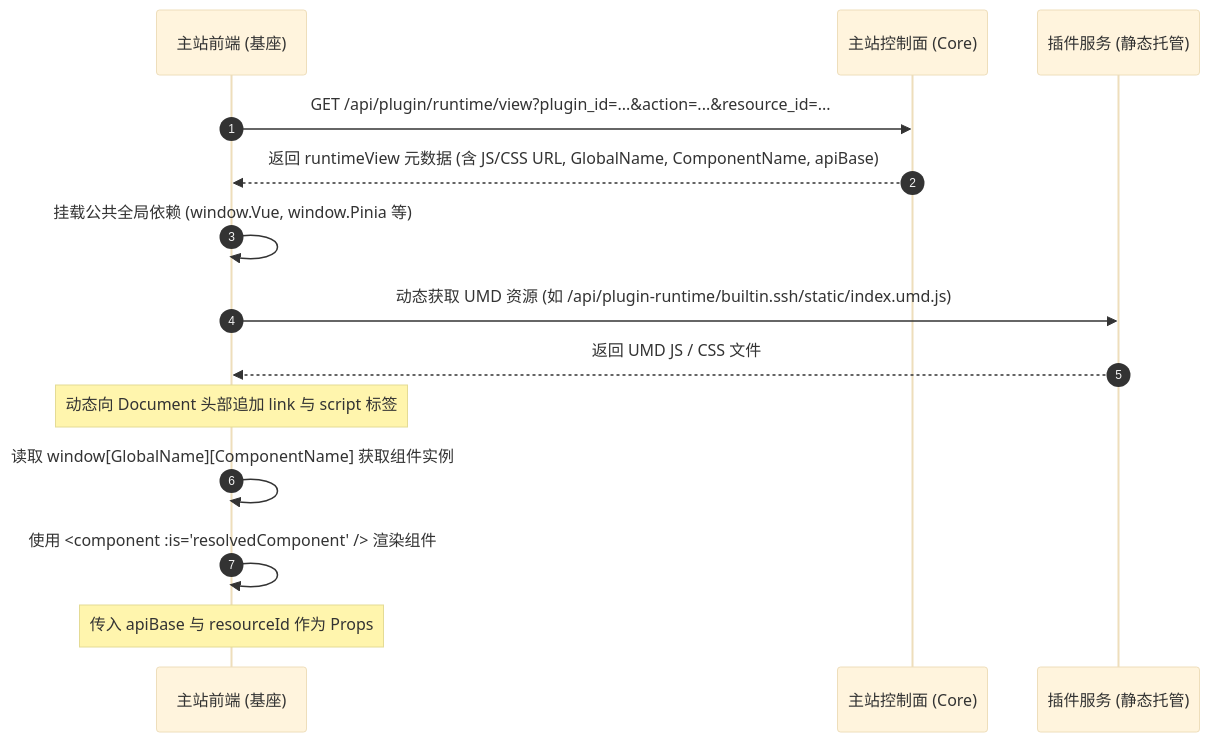
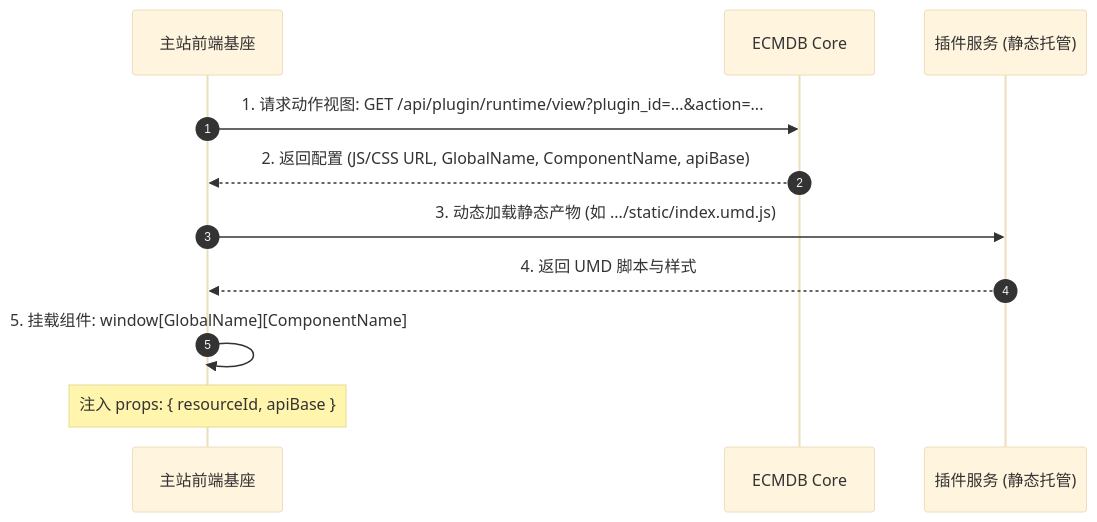
One commit to Duke1616/ecmdb-plugins changed the second of 3 diagrams in docs/runtime-design.md. Above: the diagram before and after it, drawn with Mermaid (base theme). The commit also changed other lines of this file and 6 other files, not shown here.

````diff
--- a/docs/runtime-design.md
+++ b/docs/runtime-design.md
@@ -57,17 +34,14 @@
 ```mermaid
 sequenceDiagram
     autonumber
-    participant UI as 主站前端 (基座)
-    participant C as 主站控制面 (Core)
-    participant P as 插件服务 (静态托管)
+    participant UI as 主站前端基座
+    participant Core as ECMDB Core
+    participant Plugin as 插件服务 (静态托管)
 
-    UI->>C: GET /api/plugin/runtime/view?plugin_id=...&action=...&resource_id=...
-    C-->>UI: 返回 runtimeView 元数据 (含 JS/CSS URL, GlobalName, ComponentName, apiBase)
-    UI->>UI: 挂载公共全局依赖 (window.Vue, window.Pinia 等)
-    UI->>P: 动态获取 UMD 资源 (如 /api/plugin-runtime/builtin.ssh/static/index.umd.js)
-    P-->>UI: 返回 UMD JS / CSS 文件
-    Note over UI: 动态向 Document 头部追加 link 与 script 标签
-    UI->>UI: 读取 window[GlobalName][ComponentName] 获取组件实例
-    UI->>UI: 使用 <component :is="resolvedComponent" /> 渲染组件
-    Note over UI: 传入 apiBase 与 resourceId 作为 Props
+    UI->>Core: 1. 请求动作视图: GET /api/plugin/runtime/view?plugin_id=...&action=...
+    Core-->>UI: 2. 返回配置 (JS/CSS URL, GlobalName, ComponentName, apiBase)
+    UI->>Plugin: 3. 动态加载静态产物 (如 .../static/index.umd.js)
+    Plugin-->>UI: 4. 返回 UMD 脚本与样式
+    UI->>UI: 5. 挂载组件: window[GlobalName][ComponentName]
+    Note over UI: 注入 props: { resourceId, apiBase }
 ```
````
